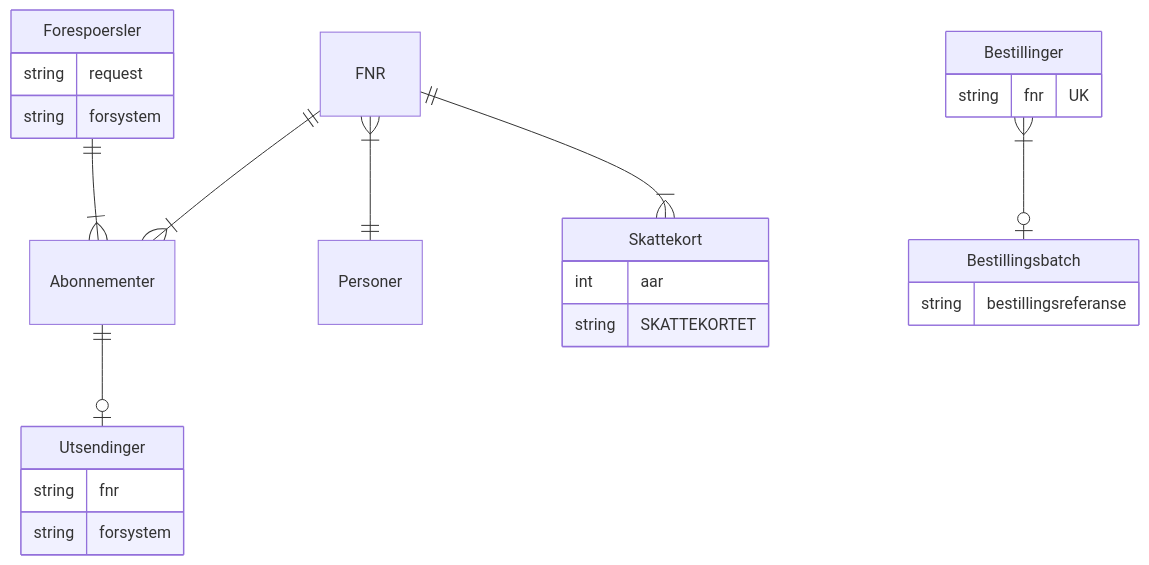
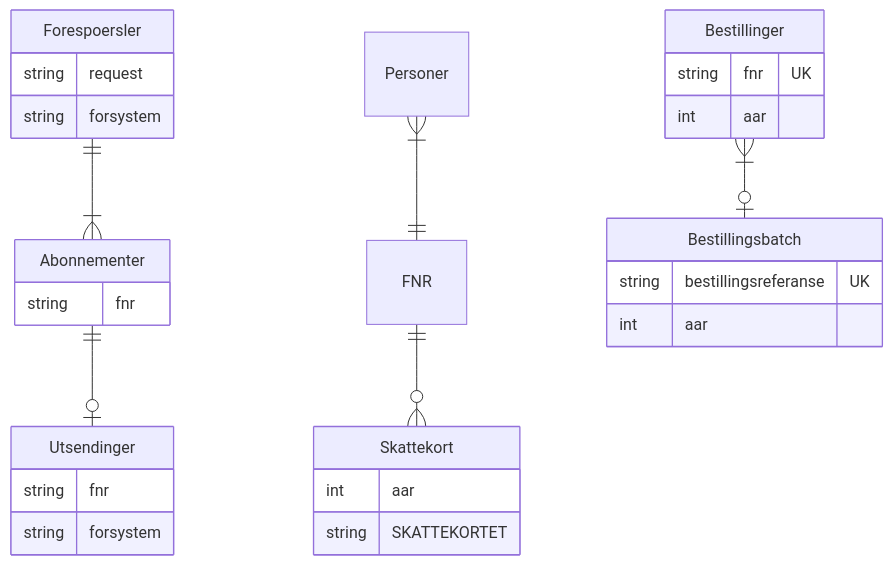
Before and after one commit to navikt/sokos-skattekort: the eighth of 8 diagrams in README.md, drawn with Mermaid.

Commit message:
Flikker på datamodellen

````diff
--- a/README.md
+++ b/README.md
@@ -282,35 +282,37 @@
 ```mermaid
 erDiagram
     Forespoersler ||--|{ Abonnementer: ""
-    FNR ||--|{ Abonnementer: ""
-    FNR |{--|| Personer: ""
-    FNR ||--|{ Skattekort: ""
+    Personer |{--|| FNR: ""
+    FNR ||--}o Skattekort: ""
     Bestillinger |{--o| Bestillingsbatch: ""
     Abonnementer ||--o| Utsendinger: ""
 
     Forespoersler {
         string request
         string forsystem
     }
 
     Abonnementer {
+        string fnr
     }
 
     Skattekort {
         int aar
         string SKATTEKORTET
     }
 
     Bestillinger {
         string fnr UK
+        int aar
     }
 
     Bestillingsbatch {
-        string bestillingsreferanse
+        string bestillingsreferanse UK
+        int aar
     }
 
     Utsendinger {
         string fnr
         string forsystem
     }
 ```
````
